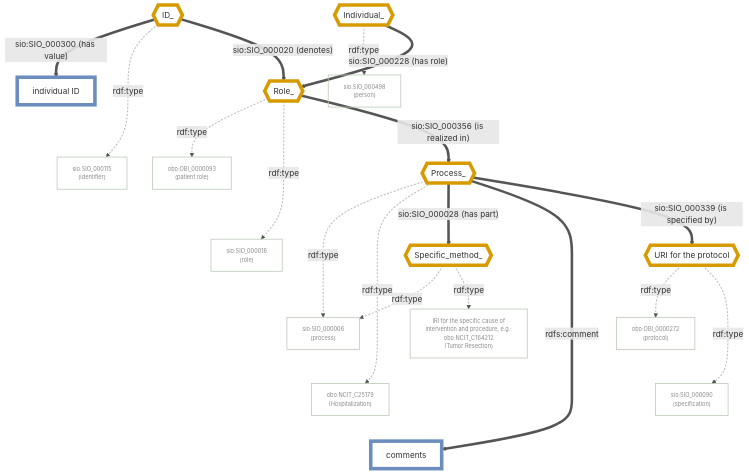
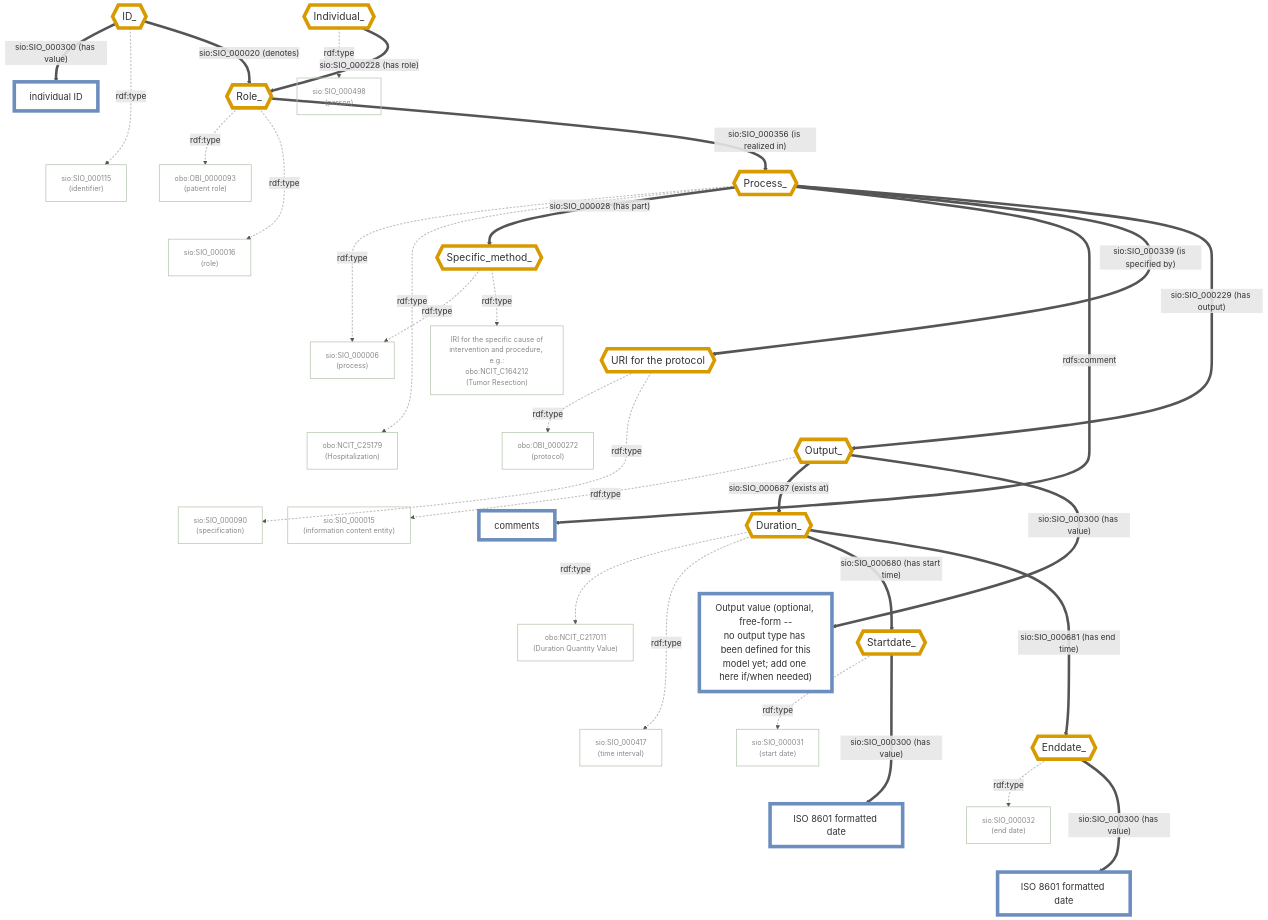
One commit to wilkinsonlab/CARE-Semantic-Model-Version-2 changed the diagram in diagrams/CARE-SM-obo-Hospitalization.md. Above: the diagram before and after it, drawn with Mermaid. The commit also changed 29 other files, not shown here.

````diff
--- a/diagrams/CARE-SM-obo-Hospitalization.md
+++ b/diagrams/CARE-SM-obo-Hospitalization.md
@@ -16,8 +16,8 @@
 ```mermaid
 flowchart TD
-    classDef usedInstance fill:#ffffff,stroke:#d79b00,stroke-width:7px,color:#333
-    classDef classNode fill:transparent,stroke:#b9c9b4,stroke-width:1.5px,color:#888,font-size:11px
-    classDef dataValue fill:#ffffff,stroke:#6c8ebf,stroke-width:7px,color:#333
+    classDef usedInstance fill:#ffffff,stroke:#d79b00,stroke-width:7px,color:#333,font-size:20px
+    classDef classNode fill:transparent,stroke:#b9c9b4,stroke-width:1.5px,color:#888,font-size:14px
+    classDef dataValue fill:#ffffff,stroke:#6c8ebf,stroke-width:7px,color:#333,font-size:18px
     linkStyle default stroke:#555,stroke-width:5px
 
     %% Instances
@@ -27,6 +27,10 @@
     Process_{{Process_}}:::usedInstance
     Specific_method_{{Specific_method_}}:::usedInstance
     URIProtocol{{"URI for the protocol"}}:::usedInstance
+    Output_{{Output_}}:::usedInstance
+    Duration_{{Duration_}}:::usedInstance
+    Startdate_{{Startdate_}}:::usedInstance
+    Enddate_{{Enddate_}}:::usedInstance
 
     %% Classes
     SIO_000115["sio:SIO_000115<br/>(identifier)"]:::classNode
@@ -38,12 +42,20 @@
     NCIT_C164212["IRI for the specific cause of<br/>intervention and procedure, e.g.:<br/>obo:NCIT_C164212<br/>(Tumor Resection)"]:::classNode
     OBI_0000272["obo:OBI_0000272<br/>(protocol)"]:::classNode
     SIO_000090["sio:SIO_000090<br/>(specification)"]:::classNode
+    SIO_000015["sio:SIO_000015<br/>(information content entity)"]:::classNode
+    NCIT_C217011["obo:NCIT_C217011<br/>(Duration Quantity Value)"]:::classNode
+    SIO_000417["sio:SIO_000417<br/>(time interval)"]:::classNode
+    SIO_000031["sio:SIO_000031<br/>(start date)"]:::classNode
+    SIO_000032["sio:SIO_000032<br/>(end date)"]:::classNode
 
     %% Data values
     IndividualID["individual ID"]:::dataValue
     Comments["comments"]:::dataValue
+    OutputValue["Output value (optional, free-form --<br/>no output type has been defined for this<br/>model yet; add one here if/when needed)"]:::dataValue
+    ISO8601Start["ISO 8601 formatted date"]:::dataValue
+    ISO8601End["ISO 8601 formatted date"]:::dataValue
 
-    %% Real edges (indices 0-16)
+    %% Real edges (indices 0-28)
     ID_ -->|"sio:SIO_000300 (has value)"| IndividualID
     ID_ -->|"rdf:type"| SIO_000115
     ID_ -->|"sio:SIO_000020 (denotes)"| Role_
@@ -60,6 +72,7 @@
     Process_ -->|"sio:SIO_000028 (has part)"| Specific_method_
     Process_ -->|"rdfs:comment"| Comments
     Process_ -->|"sio:SIO_000339 (is specified by)"| URIProtocol
+    Process_ -->|"sio:SIO_000229 (has output)"| Output_
 
     Specific_method_ -->|"rdf:type"| SIO_000006
     Specific_method_ -->|"rdf:type"| NCIT_C164212
@@ -67,13 +80,34 @@
     URIProtocol -->|"rdf:type"| OBI_0000272
     URIProtocol -->|"rdf:type"| SIO_000090
 
-    %% Invisible layout-only chains (indices 17-21, hidden below) force siblings into one column
+    Output_ -->|"rdf:type"| SIO_000015
+    Output_ -->|"sio:SIO_000687 (exists at)"| Duration_
+    Output_ -->|"sio:SIO_000300 (has value)"| OutputValue
+
+    Duration_ -->|"rdf:type"| NCIT_C217011
+    Duration_ -->|"rdf:type"| SIO_000417
+    Duration_ -->|"sio:SIO_000680 (has start time)"| Startdate_
+    Duration_ -->|"sio:SIO_000681 (has end time)"| Enddate_
+
+    Startdate_ -->|"rdf:type"| SIO_000031
+    Startdate_ -->|"sio:SIO_000300 (has value)"| ISO8601Start
+
+    Enddate_ -->|"rdf:type"| SIO_000032
+    Enddate_ -->|"sio:SIO_000300 (has value)"| ISO8601End
+
+    %% Invisible layout-only chains (indices 29-40, hidden below) force siblings into one column
     IndividualID ~~~ SIO_000115
     OBI_0000093 ~~~ SIO_000016
     SIO_000006 ~~~ NCIT_C25179 ~~~ Comments
     OBI_0000272 ~~~ SIO_000090
+    SIO_000015 ~~~ OutputValue
+    NCIT_C217011 ~~~ SIO_000417
+    SIO_000031 ~~~ ISO8601Start
+    SIO_000032 ~~~ ISO8601End
 
-    %% rdf:type edges (indices 1,3,5,6,8,9,13,14,15,16) de-emphasized so the structural backbone stands out
-    linkStyle 1,3,5,6,8,9,13,14,15,16 stroke:#bbb,stroke-width:2px,stroke-dasharray:4 3
-    linkStyle 17,18,19,20,21 stroke:none
+    Specific_method_ ~~~ URIProtocol ~~~ Output_
+    Startdate_ ~~~ Enddate_
+    %% rdf:type edges (indices 1,3,5,6,8,9,14,15,16,17,18,21,22,25,27) de-emphasized so the structural backbone stands out
+    linkStyle 1,3,5,6,8,9,14,15,16,17,18,21,22,25,27 stroke:#bbb,stroke-width:2px,stroke-dasharray:4 3
+    linkStyle 29,30,31,32,33,34,35,36,37,38,39,40 stroke:none
 ```
````
